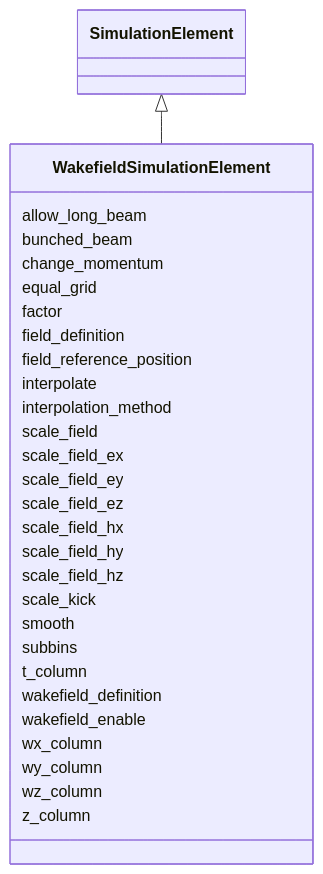
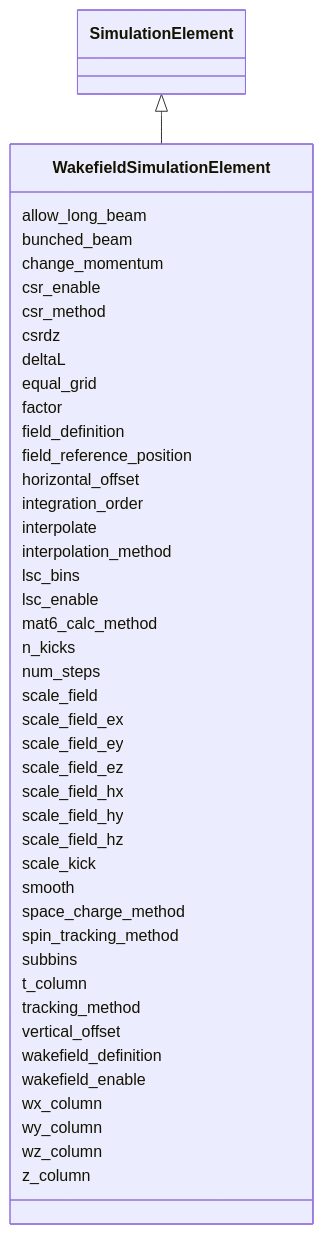
Before and after one commit to astec-stfc/laura: the diagram in docs/source/schema/WakefieldSimulationElement.md, drawn with Mermaid. The commit also changed other lines of this file and 63 other files, not shown here.

Commit message:
updatedn schema to consolidate SimulationElement parameters that were shared among subclasses; implemented tracking methods for bmad

````diff
--- a/docs/source/schema/WakefieldSimulationElement.md
+++ b/docs/source/schema/WakefieldSimulationElement.md
@@ -21,58 +21,88 @@
     click WakefieldSimulationElement href "../WakefieldSimulationElement/"
       SimulationElement <|-- WakefieldSimulationElement
         click SimulationElement href "../SimulationElement/"
-      
+
       WakefieldSimulationElement : allow_long_beam
-        
+
       WakefieldSimulationElement : bunched_beam
-        
+
       WakefieldSimulationElement : change_momentum
-        
+
+      WakefieldSimulationElement : csr_enable
+
+      WakefieldSimulationElement : csr_method
+
+      WakefieldSimulationElement : csrdz
+
+      WakefieldSimulationElement : deltaL
+
       WakefieldSimulationElement : equal_grid
-        
+
       WakefieldSimulationElement : factor
-        
+
       WakefieldSimulationElement : field_definition
-        
+
       WakefieldSimulationElement : field_reference_position
-        
+
+      WakefieldSimulationElement : horizontal_offset
+
+      WakefieldSimulationElement : integration_order
+
       WakefieldSimulationElement : interpolate
-        
+
       WakefieldSimulationElement : interpolation_method
-        
+
+      WakefieldSimulationElement : lsc_bins
+
+      WakefieldSimulationElement : lsc_enable
+
+      WakefieldSimulationElement : mat6_calc_method
+
+      WakefieldSimulationElement : n_kicks
+
+      WakefieldSimulationElement : num_steps
+
       WakefieldSimulationElement : scale_field
-        
+
       WakefieldSimulationElement : scale_field_ex
-        
+
       WakefieldSimulationElement : scale_field_ey
-        
+
       WakefieldSimulationElement : scale_field_ez
-        
+
       WakefieldSimulationElement : scale_field_hx
-        
+
       WakefieldSimulationElement : scale_field_hy
-        
+
       WakefieldSimulationElement : scale_field_hz
-        
+
       WakefieldSimulationElement : scale_kick
-        
+
       WakefieldSimulationElement : smooth
-        
+
+      WakefieldSimulationElement : space_charge_method
+
+      WakefieldSimulationElement : spin_tracking_method
+
       WakefieldSimulationElement : subbins
-        
+
       WakefieldSimulationElement : t_column
-        
+
+      WakefieldSimulationElement : tracking_method
+
+      WakefieldSimulationElement : vertical_offset
+
       WakefieldSimulationElement : wakefield_definition
-        
+
       WakefieldSimulationElement : wakefield_enable
-        
+
       WakefieldSimulationElement : wx_column
-        
+
       WakefieldSimulationElement : wy_column
-        
+
       WakefieldSimulationElement : wz_column
-        
+
       WakefieldSimulationElement : z_column
-        
-      
+
+
 ```
````
